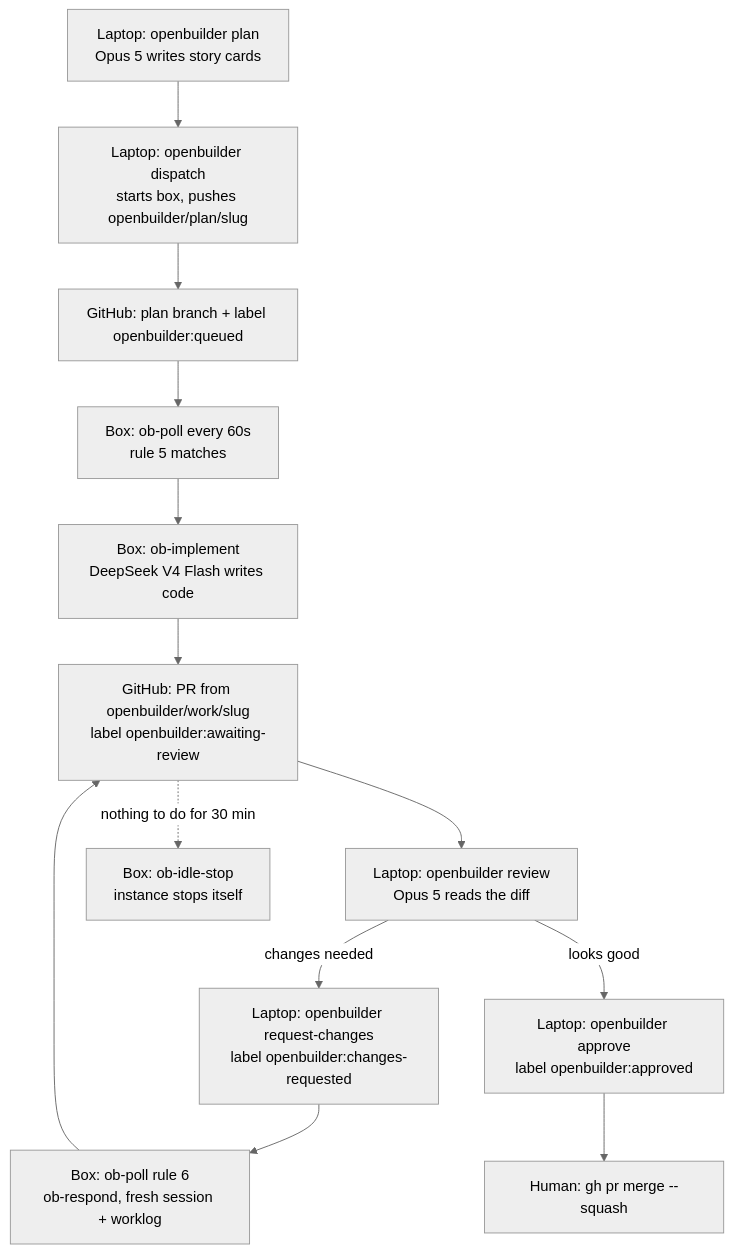
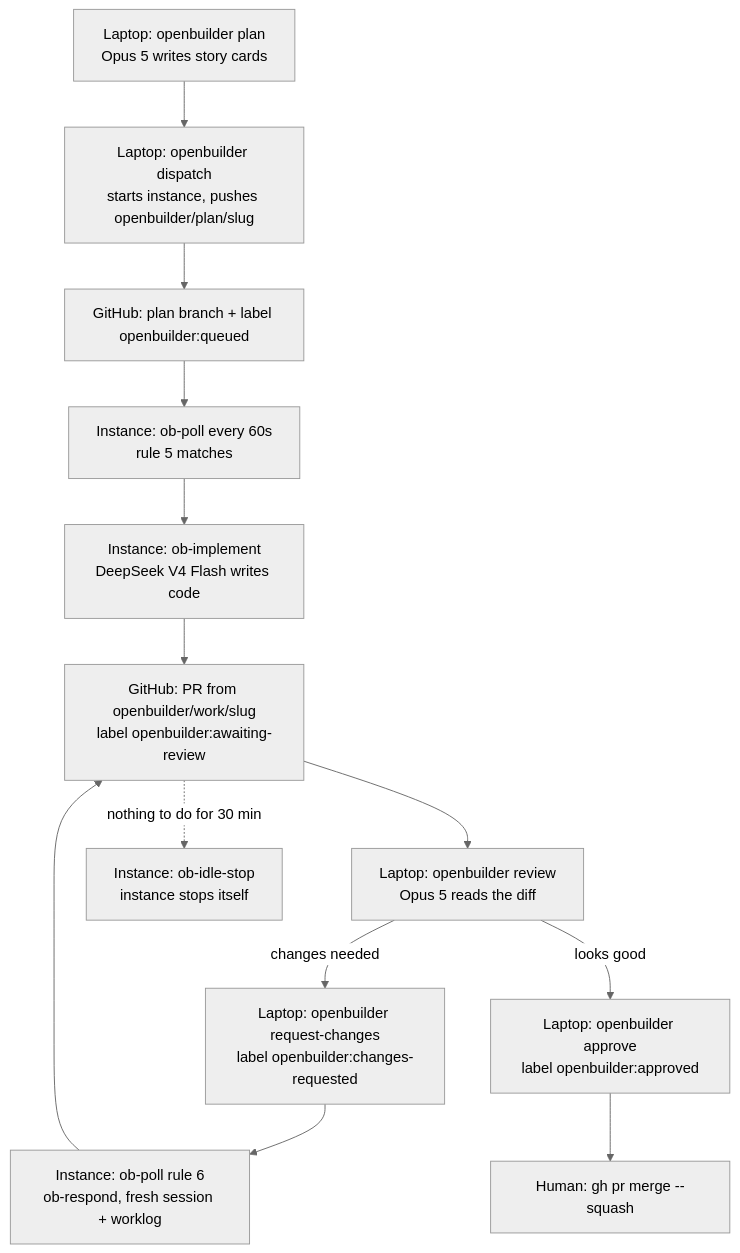
One commit to artemkurylo/openbuilder changed the diagram in README.md. Above: the diagram before and after it, drawn with Mermaid (neutral theme). The commit also changed other lines of this file and 33 other files, not shown here.

First line of the commit message:
refactor: name the EC2 host "openbuilder", never "box"

````diff
--- a/README.md
+++ b/README.md
@@ -15,15 +15,15 @@
 ```mermaid
 flowchart TD
-    A["Laptop: openbuilder plan<br/>Opus 5 writes story cards"] --> B["Laptop: openbuilder dispatch<br/>starts box, pushes openbuilder/plan/slug"]
+    A["Laptop: openbuilder plan<br/>Opus 5 writes story cards"] --> B["Laptop: openbuilder dispatch<br/>starts instance, pushes openbuilder/plan/slug"]
     B --> C["GitHub: plan branch + label openbuilder:queued"]
-    C --> D["Box: ob-poll every 60s<br/>rule 5 matches"]
-    D --> E["Box: ob-implement<br/>DeepSeek V4 Flash writes code"]
+    C --> D["Instance: ob-poll every 60s<br/>rule 5 matches"]
+    D --> E["Instance: ob-implement<br/>DeepSeek V4 Flash writes code"]
     E --> F["GitHub: PR from openbuilder/work/slug<br/>label openbuilder:awaiting-review"]
     F --> G["Laptop: openbuilder review<br/>Opus 5 reads the diff"]
     G -->|changes needed| H["Laptop: openbuilder request-changes<br/>label openbuilder:changes-requested"]
-    H --> I["Box: ob-poll rule 6<br/>ob-respond, fresh session + worklog"]
+    H --> I["Instance: ob-poll rule 6<br/>ob-respond, fresh session + worklog"]
     I --> F
     G -->|looks good| J["Laptop: openbuilder approve<br/>label openbuilder:approved"]
     J --> K["Human: gh pr merge --squash"]
-    F -.->|nothing to do for 30 min| L["Box: ob-idle-stop<br/>instance stops itself"]
+    F -.->|nothing to do for 30 min| L["Instance: ob-idle-stop<br/>instance stops itself"]
 ```
````
